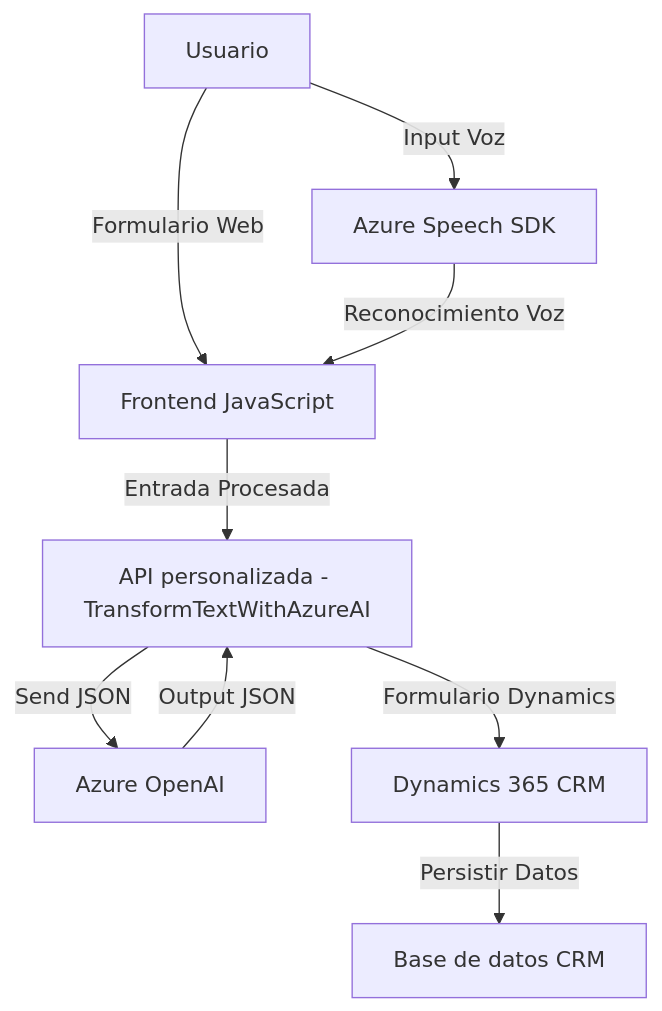
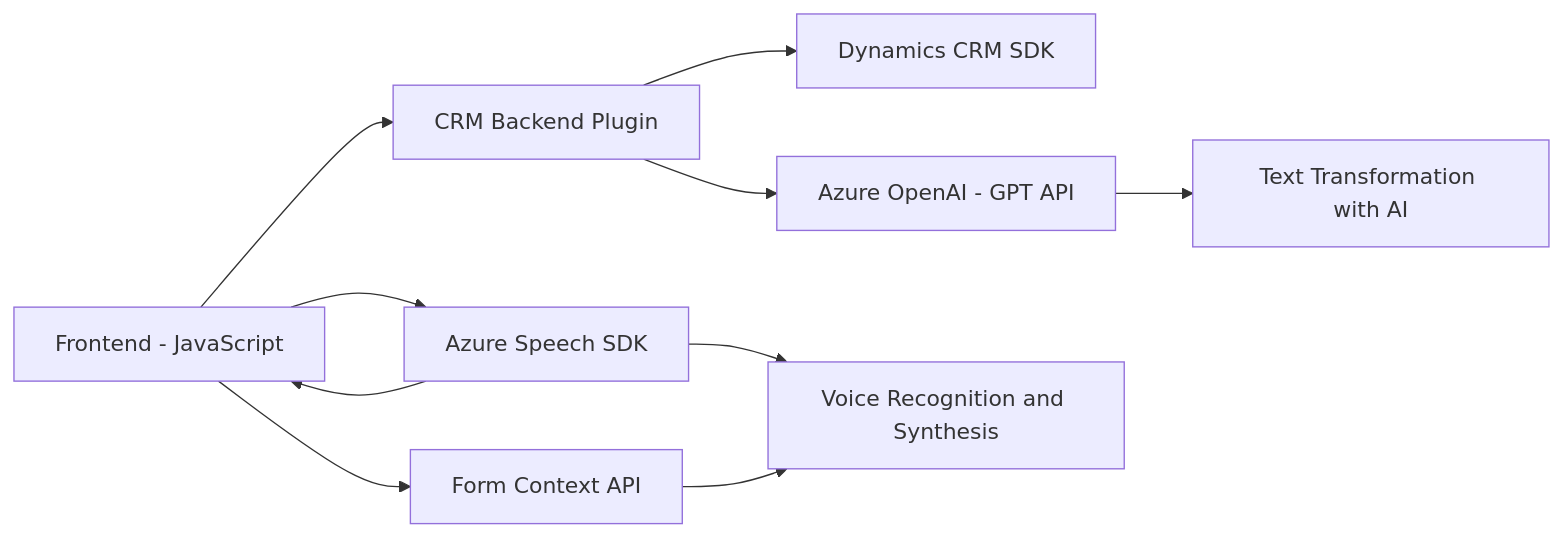
The diagram in README.md (blopezdm/NETCORE_BILBAO2025), drawn with Mermaid before and after one commit. The commit also changed other lines of this file, not shown here.

````diff
--- a/README.md
+++ b/README.md
@@ -88,11 +46,12 @@
 ```mermaid
-graph TD
-    A["Usuario"] -->|"Input Voz"| B["Azure Speech SDK"]
-    A -->|"Formulario Web"| C["Frontend JavaScript"]
-    B -->|"Reconocimiento Voz"| C
-    C -->|"Entrada Procesada"| D["API personalizada - TransformTextWithAzureAI"]
-    D -->|"Send JSON"| E["Azure OpenAI"]
-    E -->|"Output JSON"| D
-    D -->|"Formulario Dynamics"| F["Dynamics 365 CRM"]
-    F -->|"Persistir Datos"| G["Base de datos CRM"]
+graph LR
+    A["Frontend - JavaScript"] --> B["Azure Speech SDK"]
+    A --> C["Form Context API"]
+    A --> D["CRM Backend Plugin"]
+    D --> E["Dynamics CRM SDK"]
+    D --> F["Azure OpenAI - GPT API"]
+    B --> G["Voice Recognition and Synthesis"]
+    F --> H["Text Transformation with AI"]
+    C --> G
+    B --> A
 ```
````
